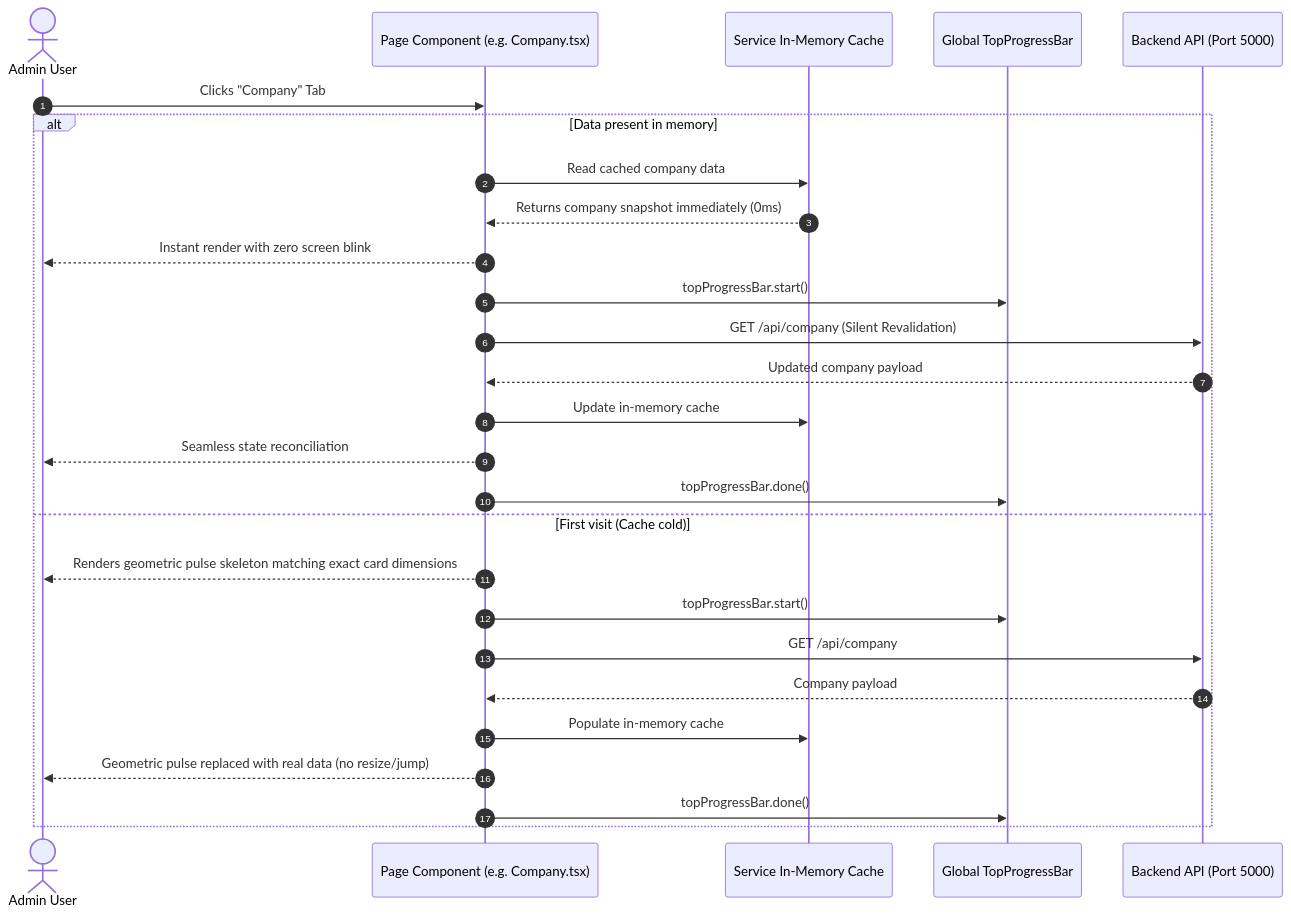
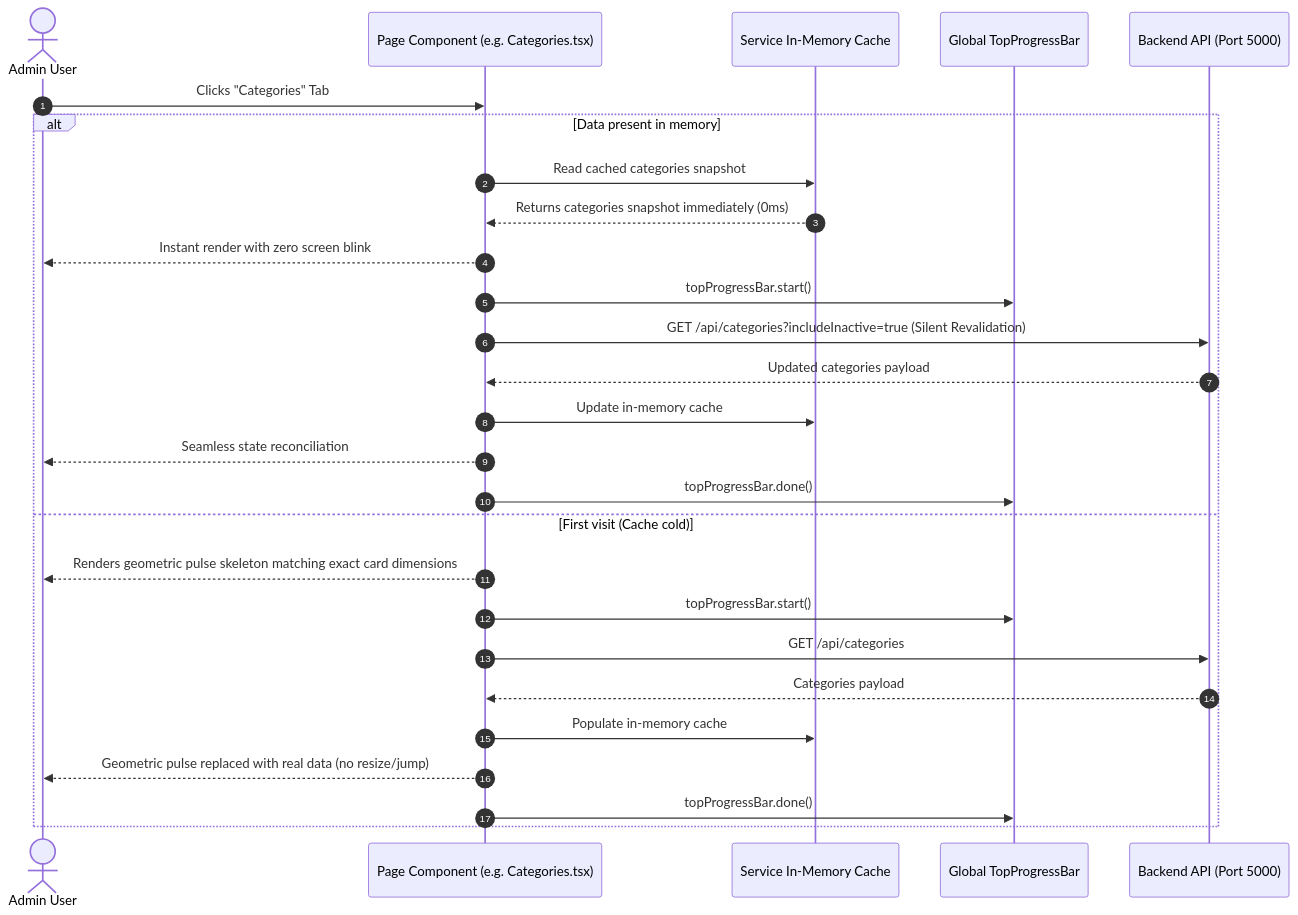
One commit to majid-superior/sell-digital-assets-admin changed the second of 2 diagrams in ARCHITECTURE.md. Above: the diagram before and after it, drawn with Mermaid. The commit also changed other lines of this file and 25 other files, not shown here.

````diff
--- a/ARCHITECTURE.md
+++ b/ARCHITECTURE.md
@@ -42,30 +56,30 @@
 ```mermaid
 sequenceDiagram
     autonumber
     actor Admin as Admin User
-    participant View as Page Component (e.g. Company.tsx)
+    participant View as Page Component (e.g. Categories.tsx)
     participant Cache as Service In-Memory Cache
     participant TopBar as Global TopProgressBar
     participant Backend as Backend API (Port 5000)
 
-    Admin->>View: Clicks "Company" Tab
+    Admin->>View: Clicks "Categories" Tab
     alt Data present in memory
-        View->>Cache: Read cached company data
-        Cache-->>View: Returns company snapshot immediately (0ms)
+        View->>Cache: Read cached categories snapshot
+        Cache-->>View: Returns categories snapshot immediately (0ms)
         View-->>Admin: Instant render with zero screen blink
         View->>TopBar: topProgressBar.start()
-        View->>Backend: GET /api/company (Silent Revalidation)
-        Backend-->>View: Updated company payload
+        View->>Backend: GET /api/categories?includeInactive=true (Silent Revalidation)
+        Backend-->>View: Updated categories payload
         View->>Cache: Update in-memory cache
         View-->>Admin: Seamless state reconciliation
         View->>TopBar: topProgressBar.done()
     else First visit (Cache cold)
         View-->>Admin: Renders geometric pulse skeleton matching exact card dimensions
         View->>TopBar: topProgressBar.start()
-        View->>Backend: GET /api/company
-        Backend-->>View: Company payload
+        View->>Backend: GET /api/categories
+        Backend-->>View: Categories payload
         View->>Cache: Populate in-memory cache
         View-->>Admin: Geometric pulse replaced with real data (no resize/jump)
         View->>TopBar: topProgressBar.done()
     end
 ```
````
